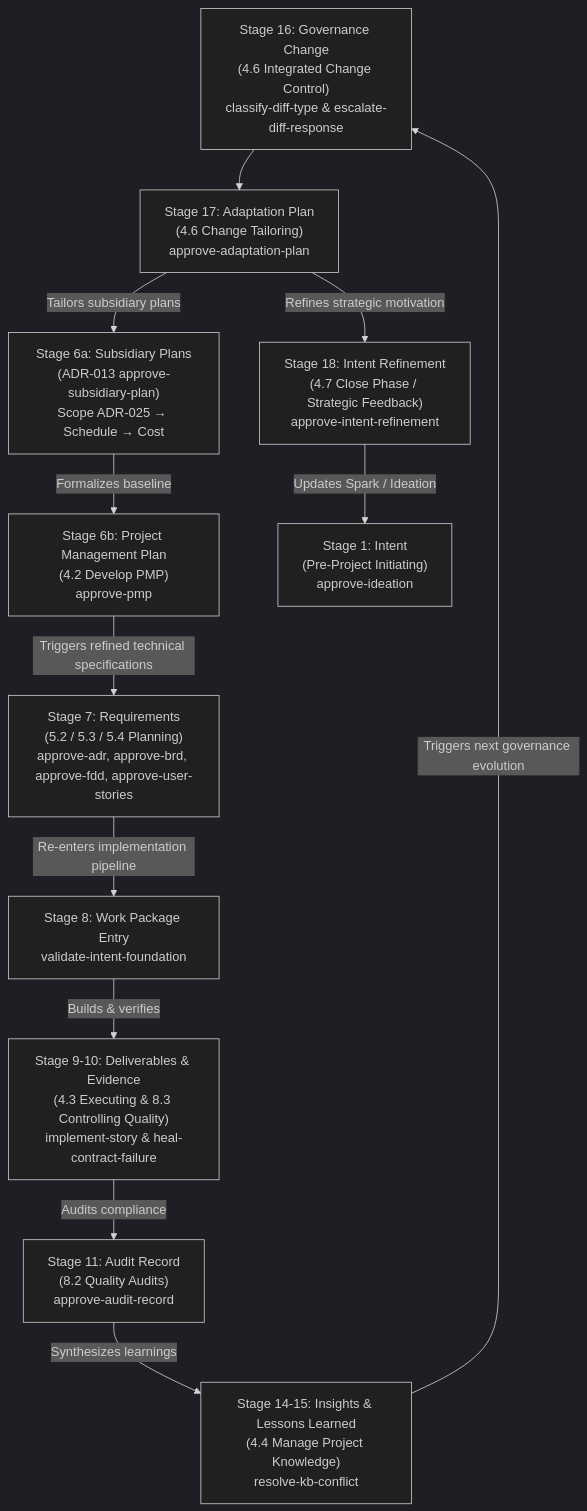
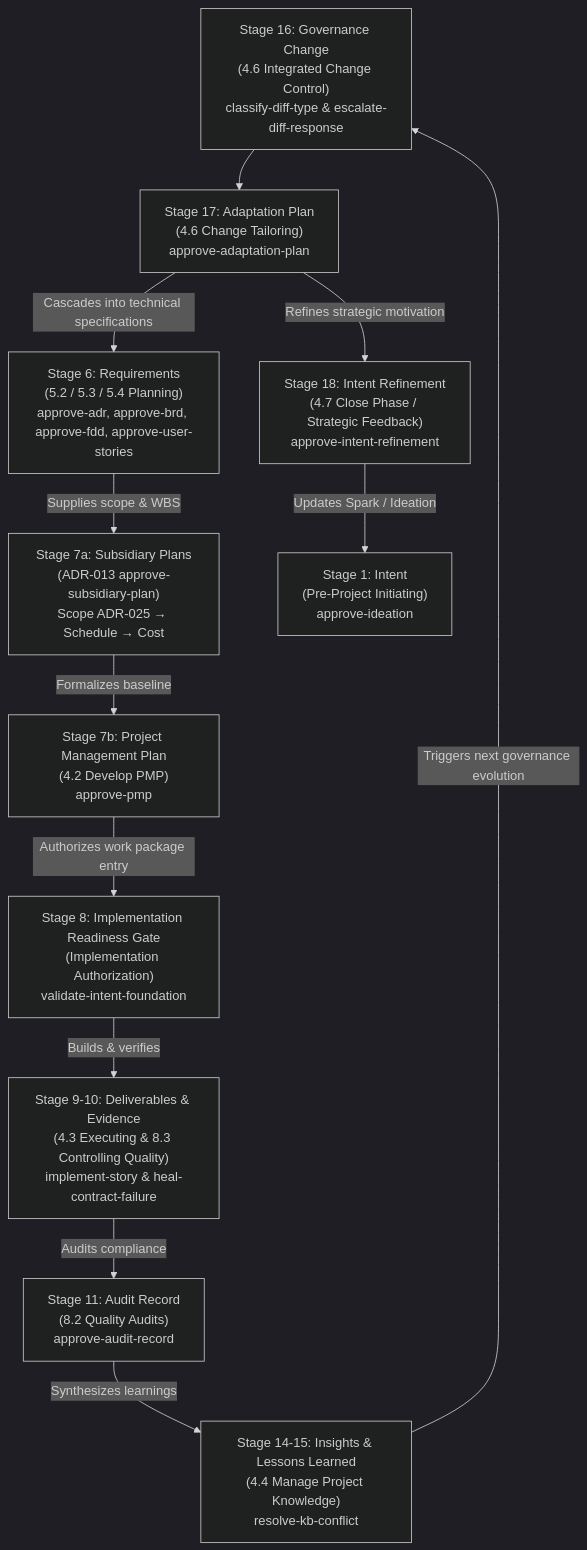
One commit to mdresch/agent-learning changed the first of 2 diagrams in docs/intent-to-outcome-chain-coverage.md. Above: the diagram before and after it, drawn with Mermaid (dark theme). The commit also changed other lines of this file and 3 other files, not shown here.

Commit message:
docs(lifecycle): rectify Stage 6 Requirements, Stage 7 PMP Baselines, and Stage 8 Implementation Readiness Gate

````diff
--- a/docs/intent-to-outcome-chain-coverage.md
+++ b/docs/intent-to-outcome-chain-coverage.md
@@ -76,14 +74,14 @@
 ```mermaid
 flowchart TD
     G["Stage 16: Governance Change<br/>(4.6 Integrated Change Control)<br/>classify-diff-type & escalate-diff-response"] --> A["Stage 17: Adaptation Plan<br/>(4.6 Change Tailoring)<br/>approve-adaptation-plan"]
-    A -->|"Tailors subsidiary plans"| SUB["Stage 6a: Subsidiary Plans<br/>(ADR-013 approve-subsidiary-plan)<br/>Scope ADR-025 → Schedule → Cost"]
-    SUB -->|"Formalizes baseline"| PMP["Stage 6b: Project Management Plan<br/>(4.2 Develop PMP)<br/>approve-pmp"]
-    PMP -->|"Triggers refined technical specifications"| REQ["Stage 7: Requirements<br/>(5.2 / 5.3 / 5.4 Planning)<br/>approve-adr, approve-brd, approve-fdd, approve-user-stories"]
-    REQ -->|"Re-enters implementation pipeline"| WP["Stage 8: Work Package Entry<br/>validate-intent-foundation"]
+    A -->|"Cascades into technical specifications"| REQ["Stage 6: Requirements<br/>(5.2 / 5.3 / 5.4 Planning)<br/>approve-adr, approve-brd, approve-fdd, approve-user-stories"]
+    REQ -->|"Supplies scope & WBS"| SUB["Stage 7a: Subsidiary Plans<br/>(ADR-013 approve-subsidiary-plan)<br/>Scope ADR-025 → Schedule → Cost"]
+    SUB -->|"Formalizes baseline"| PMP["Stage 7b: Project Management Plan<br/>(4.2 Develop PMP)<br/>approve-pmp"]
+    PMP -->|"Authorizes work package entry"| WP["Stage 8: Implementation Readiness Gate<br/>(Implementation Authorization)<br/>validate-intent-foundation"]
     WP -->|"Builds & verifies"| DEL["Stage 9-10: Deliverables & Evidence<br/>(4.3 Executing & 8.3 Controlling Quality)<br/>implement-story & heal-contract-failure"]
     DEL -->|"Audits compliance"| AUD["Stage 11: Audit Record<br/>(8.2 Quality Audits)<br/>approve-audit-record"]
     AUD -->|"Synthesizes learnings"| KB["Stage 14-15: Insights & Lessons Learned<br/>(4.4 Manage Project Knowledge)<br/>resolve-kb-conflict"]
     KB -->|"Triggers next governance evolution"| G
     A -->|"Refines strategic motivation"| IR["Stage 18: Intent Refinement<br/>(4.7 Close Phase / Strategic Feedback)<br/>approve-intent-refinement"]
     IR -->|"Updates Spark / Ideation"| SPARK["Stage 1: Intent<br/>(Pre-Project Initiating)<br/>approve-ideation"]
 ```
````
